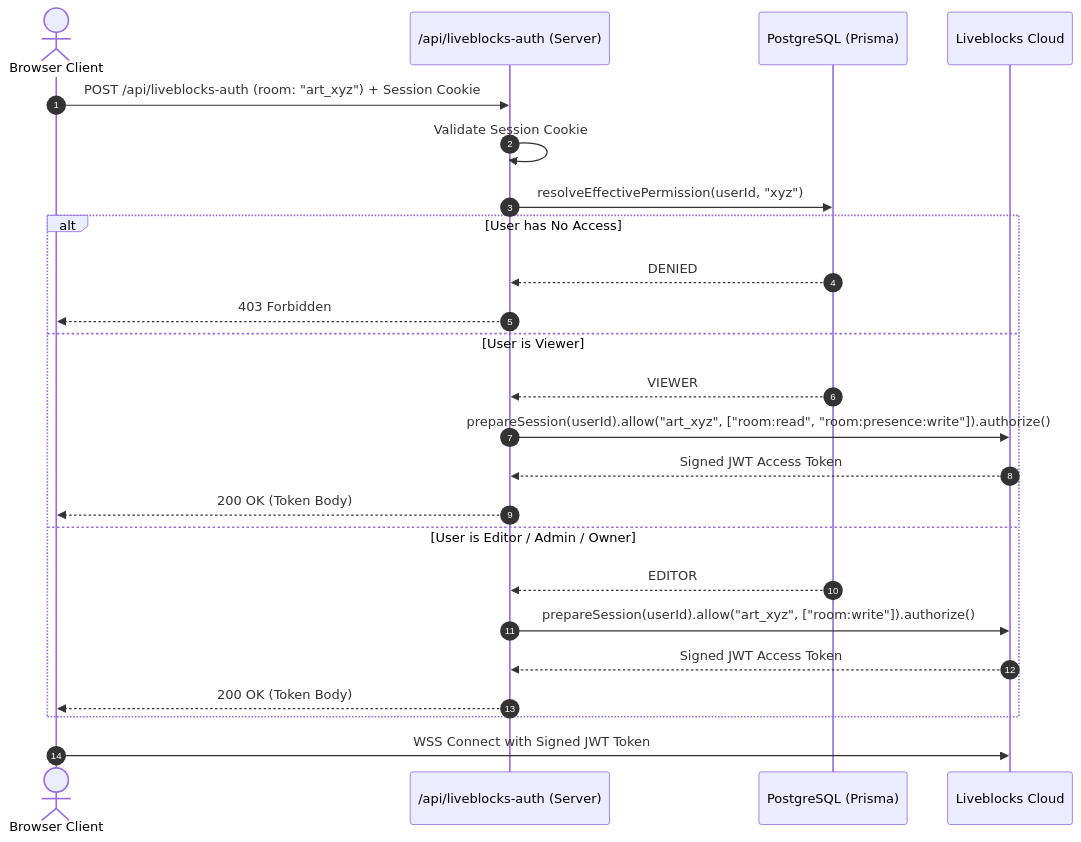
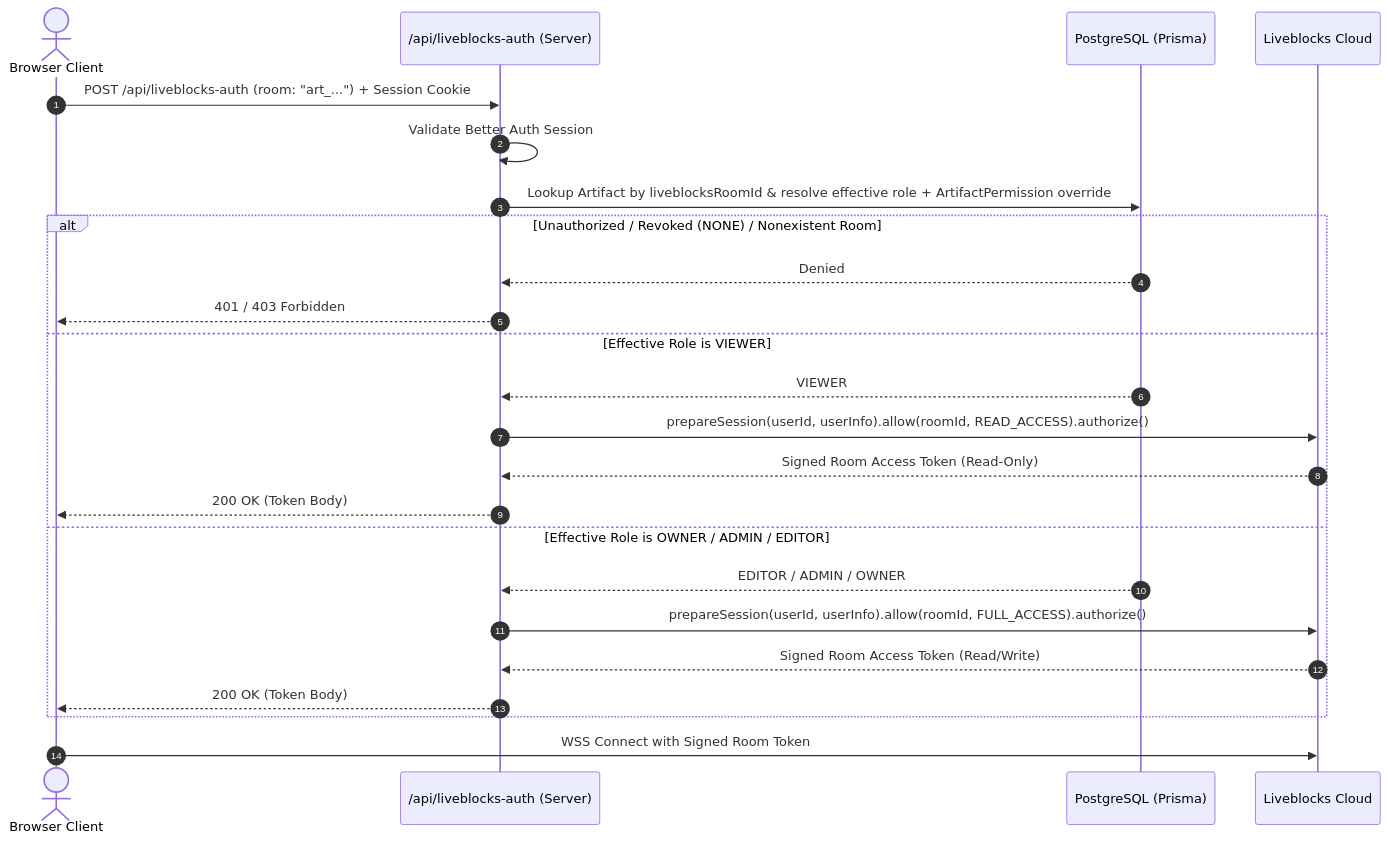
Before and after one commit to Sunil-nagrale/Syncspace: the diagram in docs/security-model.md, drawn with Mermaid. The commit also changed other lines of this file and 46 other files, not shown here.

````diff
--- a/docs/security-model.md
+++ b/docs/security-model.md
@@ -84,27 +84,27 @@
 ```mermaid
 sequenceDiagram
     autonumber
     actor Client as Browser Client
     participant AuthRoute as /api/liveblocks-auth (Server)
     participant DB as PostgreSQL (Prisma)
     participant LBCloud as Liveblocks Cloud
 
-    Client->>AuthRoute: POST /api/liveblocks-auth (room: "art_xyz") + Session Cookie
-    AuthRoute->>AuthRoute: Validate Session Cookie
-    AuthRoute->>DB: resolveEffectivePermission(userId, "xyz")
-    alt User has No Access
-        DB-->>AuthRoute: DENIED
-        AuthRoute-->>Client: 403 Forbidden
-    else User is Viewer
+    Client->>AuthRoute: POST /api/liveblocks-auth (room: "art_...") + Session Cookie
+    AuthRoute->>AuthRoute: Validate Better Auth Session
+    AuthRoute->>DB: Lookup Artifact by liveblocksRoomId & resolve effective role + ArtifactPermission override
+    alt Unauthorized / Revoked (NONE) / Nonexistent Room
+        DB-->>AuthRoute: Denied
+        AuthRoute-->>Client: 401 / 403 Forbidden
+    else Effective Role is VIEWER
         DB-->>AuthRoute: VIEWER
-        AuthRoute->>LBCloud: prepareSession(userId).allow("art_xyz", ["room:read", "room:presence:write"]).authorize()
-        LBCloud-->>AuthRoute: Signed JWT Access Token
+        AuthRoute->>LBCloud: prepareSession(userId, userInfo).allow(roomId, READ_ACCESS).authorize()
+        LBCloud-->>AuthRoute: Signed Room Access Token (Read-Only)
         AuthRoute-->>Client: 200 OK (Token Body)
-    else User is Editor / Admin / Owner
-        DB-->>AuthRoute: EDITOR
-        AuthRoute->>LBCloud: prepareSession(userId).allow("art_xyz", ["room:write"]).authorize()
-        LBCloud-->>AuthRoute: Signed JWT Access Token
+    else Effective Role is OWNER / ADMIN / EDITOR
+        DB-->>AuthRoute: EDITOR / ADMIN / OWNER
+        AuthRoute->>LBCloud: prepareSession(userId, userInfo).allow(roomId, FULL_ACCESS).authorize()
+        LBCloud-->>AuthRoute: Signed Room Access Token (Read/Write)
         AuthRoute-->>Client: 200 OK (Token Body)
     end
-    Client->>LBCloud: WSS Connect with Signed JWT Token
+    Client->>LBCloud: WSS Connect with Signed Room Token
 ```
````
